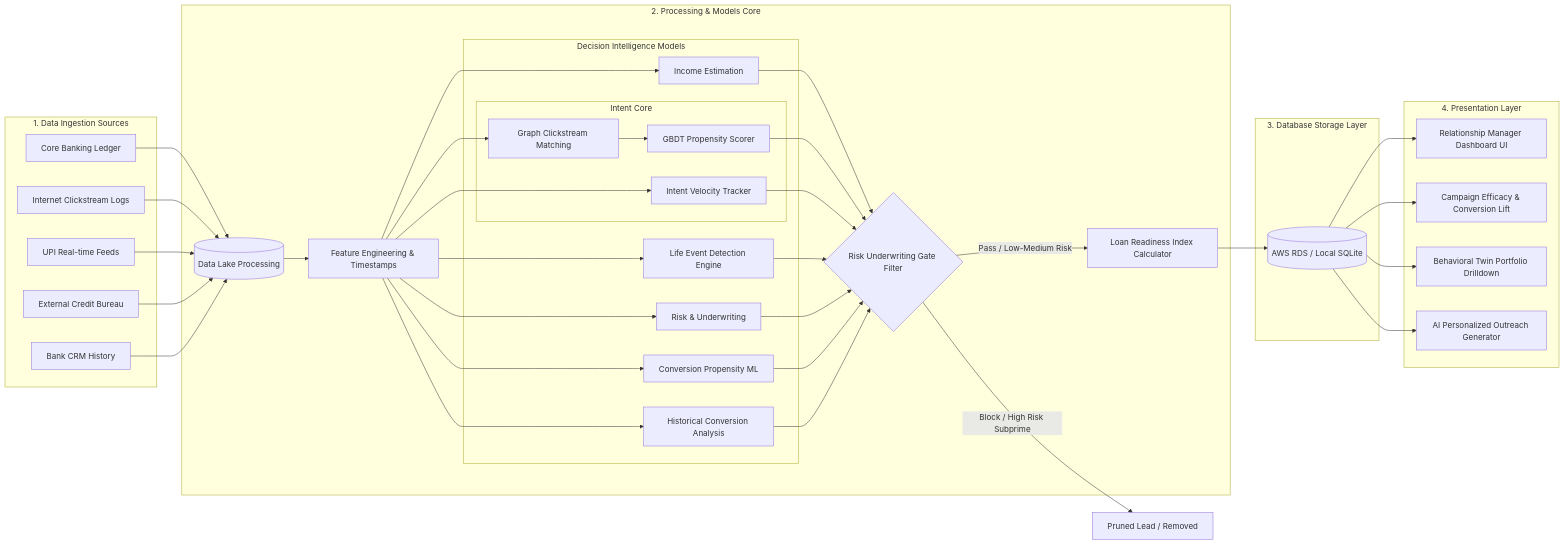
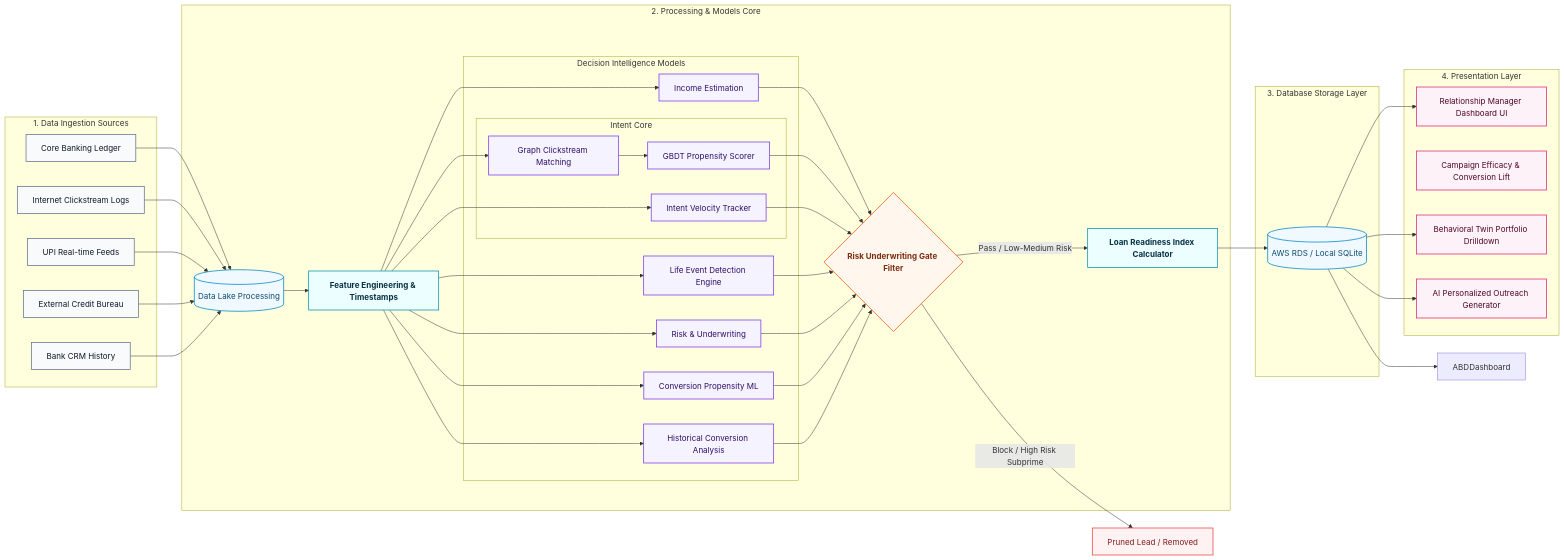
One commit to chiraghs/Alpha-Fin changed the first of 3 diagrams in README.md. Above: the diagram before and after it, drawn with Mermaid. The commit also changed other lines of this file, not shown here.

Commit message:
Update Mermaid System architecture

````diff
--- a/README.md
+++ b/README.md
@@ -119,7 +119,24 @@
     
     %% UI Presentation
     RDS --> UI
-    RDS --> ABDashboard
+    RDS --> ABDDashboard
     RDS --> TwinAnalyzer
     RDS --> Outreach
+
+    %% Beautiful Professional Slate & Pastel Styling Definitions
+    classDef source fill:#f8fafc,stroke:#64748b,stroke-width:1.5px,color:#0f172a;
+    classDef server fill:#ecfeff,stroke:#0891b2,stroke-width:1.5px,color:#083344,font-weight:bold;
+    classDef database fill:#f0f9ff,stroke:#0284c7,stroke-width:1.5px,color:#0c4a6e;
+    classDef model fill:#f5f3ff,stroke:#7c3aed,stroke-width:1.5px,color:#2e1065;
+    classDef filter fill:#fff7ed,stroke:#ea580c,stroke-width:1.5px,color:#7c2d12,font-weight:bold;
+    classDef block fill:#fef2f2,stroke:#ef4444,stroke-width:1.5px,color:#7f1d1d;
+    classDef presentation fill:#fdf2f8,stroke:#db2777,stroke-width:1.5px,color:#500724;
+
+    class CB,IB,UPI,Bureau,CRM source;
+    class FE,LRI server;
+    class Lake,RDS database;
+    class Income,Graph,GBDT,Velocity,LifeEvents,RiskModel,Conversion,History model;
+    class Pruning filter;
+    class Trash block;
+    class UI,ABDashboard,TwinAnalyzer,Outreach presentation;
 ```
````
